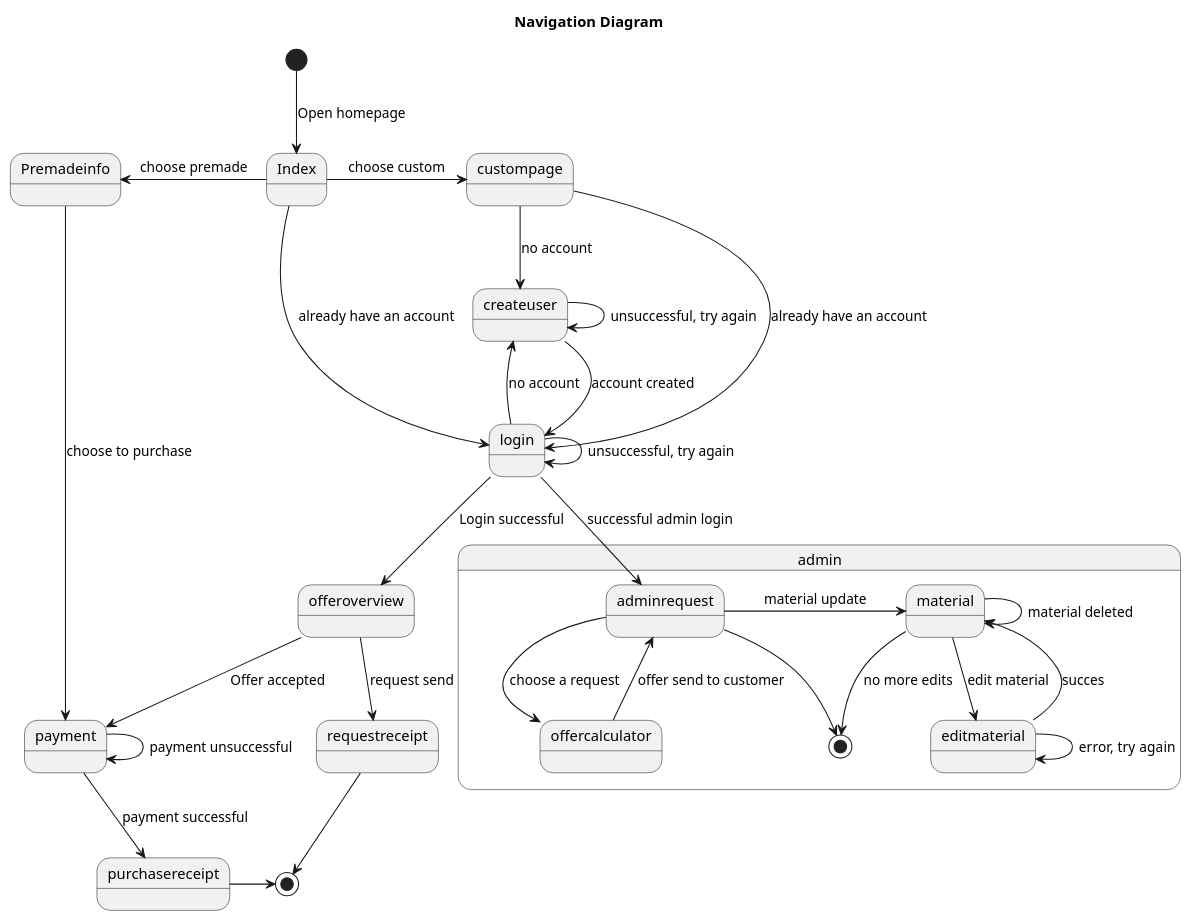
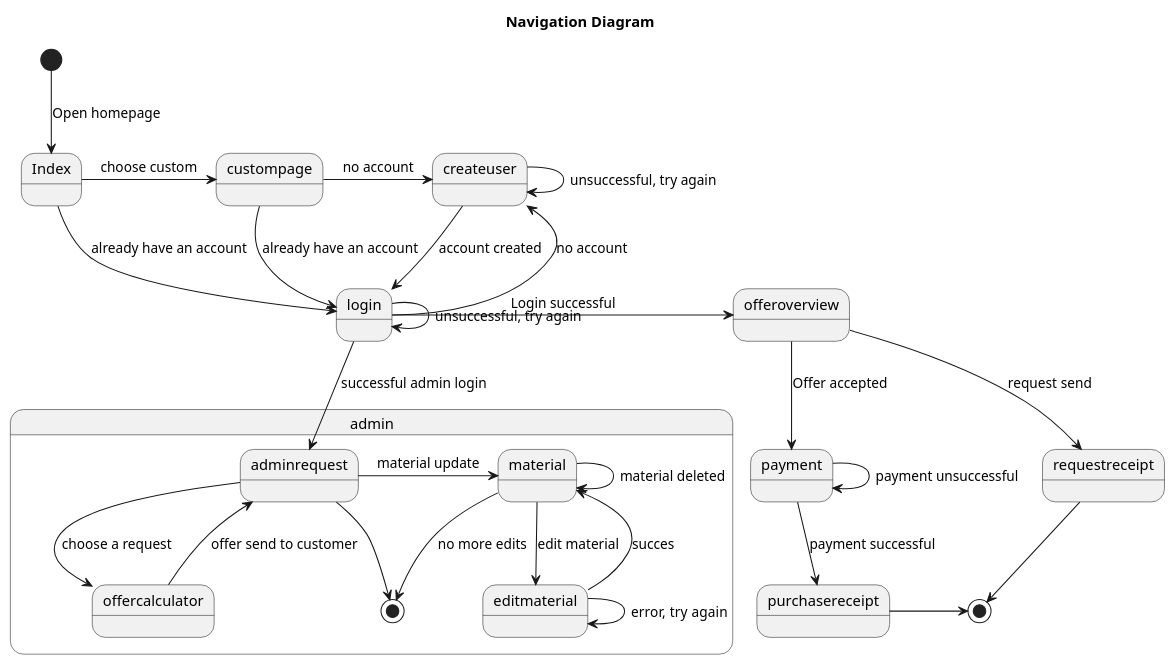
One commit to MadsBenjaminR/eksamenfogren changed the diagram in src/main/plantuml/StateDiagram.puml. Above: the diagram before and after it, drawn with PlantUML. The commit also changed 6 other files, not shown here.

```diff
--- a/src/main/plantuml/StateDiagram.puml
+++ b/src/main/plantuml/StateDiagram.puml
@@ -1,43 +1,41 @@
 @startuml
 
 Title Navigation Diagram
 
 [*] --> Index: Open homepage
-Index -left-> Premadeinfo: choose premade
-Premadeinfo --> payment: choose to purchase
 payment --> purchasereceipt: payment successful
 payment --> payment: payment unsuccessful
 purchasereceipt -> [*]
 
 
 Index -right-> custompage: choose custom
-custompage --> createuser: no account
+custompage -right-> createuser: no account
 custompage --> login: already have an account
 
 createuser --> createuser: unsuccessful, try again
-createuser --> login: account created
-login --> offeroverview: Login successful
+createuser -right-> login: account created
+login -right-> offeroverview: Login successful
 login --> login: unsuccessful, try again
-login --> createuser: no account
+login -left-> createuser: no account
 offeroverview --> payment: Offer accepted
 
 offeroverview --> requestreceipt: request send
 requestreceipt --> [*]
 
 
 Index --> login: already have an account
 
 state admin {
 login --> adminrequest: successful admin login
 adminrequest -right-> material: material update
 adminrequest --> offercalculator: choose a request
 material --> editmaterial: edit material
 editmaterial --> material: succes
 editmaterial--> editmaterial: error, try again
 material --> [*]: no more edits
 material --> material: material deleted
 offercalculator --> adminrequest: offer send to customer
 adminrequest --> [*]
 }
 
 @enduml
```
